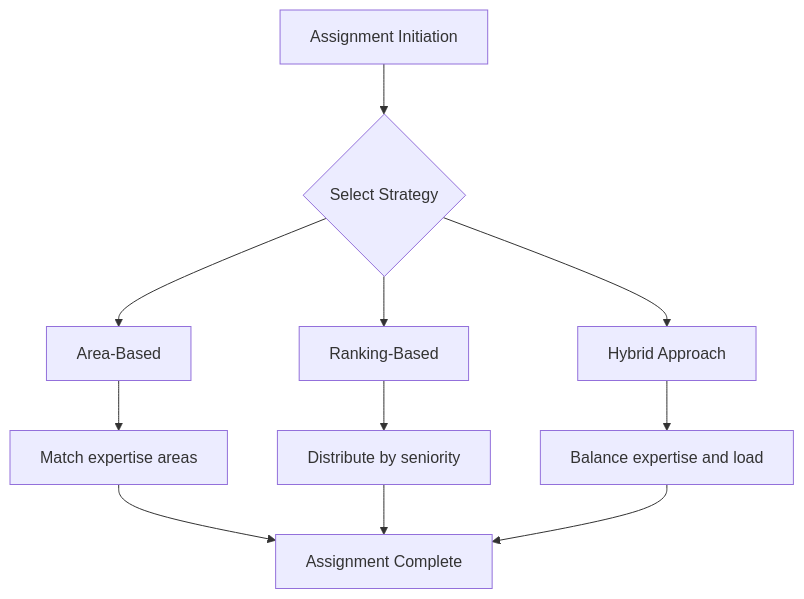
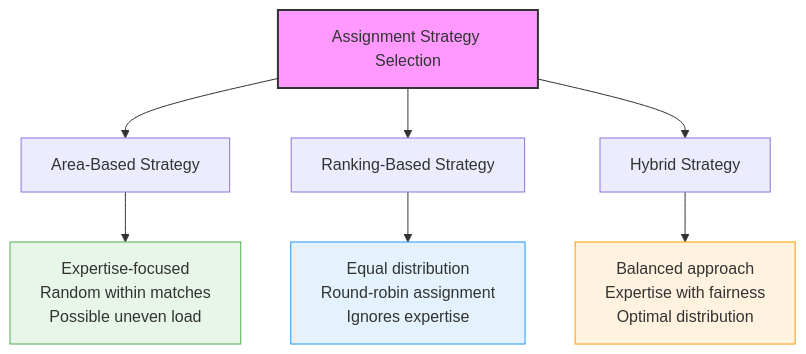
One commit to abdullah2323442/thesisrepo-backup changed diagram 14 of 19 in sequence.md. Above: the diagram before and after it, drawn with Mermaid. The commit also changed other lines of this file, not shown here.

Commit message:
refactor(supervisor-assignment): Enhance assignment strategies with detailed area of interest, ranking, and hybrid approaches for improved supervisor allocation

````diff
--- a/sequence.md
+++ b/sequence.md
@@ -220,17 +303,17 @@
 ```mermaid
 graph TD
-    Start[Assignment Initiation]
+    Start[Assignment Strategy Selection]
     
-    Start --> Strategy{Select Strategy}
-    Strategy --> AOI[Area-Based]
-    Strategy --> Rank[Ranking-Based]
-    Strategy --> Combined[Hybrid Approach]
+    Start --> AOI[Area-Based Strategy]
+    Start --> Rank[Ranking-Based Strategy]
+    Start --> Hybrid[Hybrid Strategy]
     
-    AOI --> AOIProcess[Match expertise areas]
-    Rank --> RankProcess[Distribute by seniority]
-    Combined --> CombinedProcess[Balance expertise and load]
+    AOI --> AOIResult[Expertise-focused<br/>Random within matches<br/>Possible uneven load]
+    Rank --> RankResult[Equal distribution<br/>Round-robin assignment<br/>Ignores expertise]
+    Hybrid --> HybridResult[Balanced approach<br/>Expertise with fairness<br/>Optimal distribution]
     
-    AOIProcess --> Result[Assignment Complete]
-    RankProcess --> Result
-    CombinedProcess --> Result
+    style Start fill:#f9f,stroke:#333,stroke-width:2px
+    style AOIResult fill:#e8f5e9,stroke:#4caf50,stroke-width:1px
+    style RankResult fill:#e3f2fd,stroke:#2196f3,stroke-width:1px
+    style HybridResult fill:#fff3e0,stroke:#ff9800,stroke-width:1px
 ```
````
